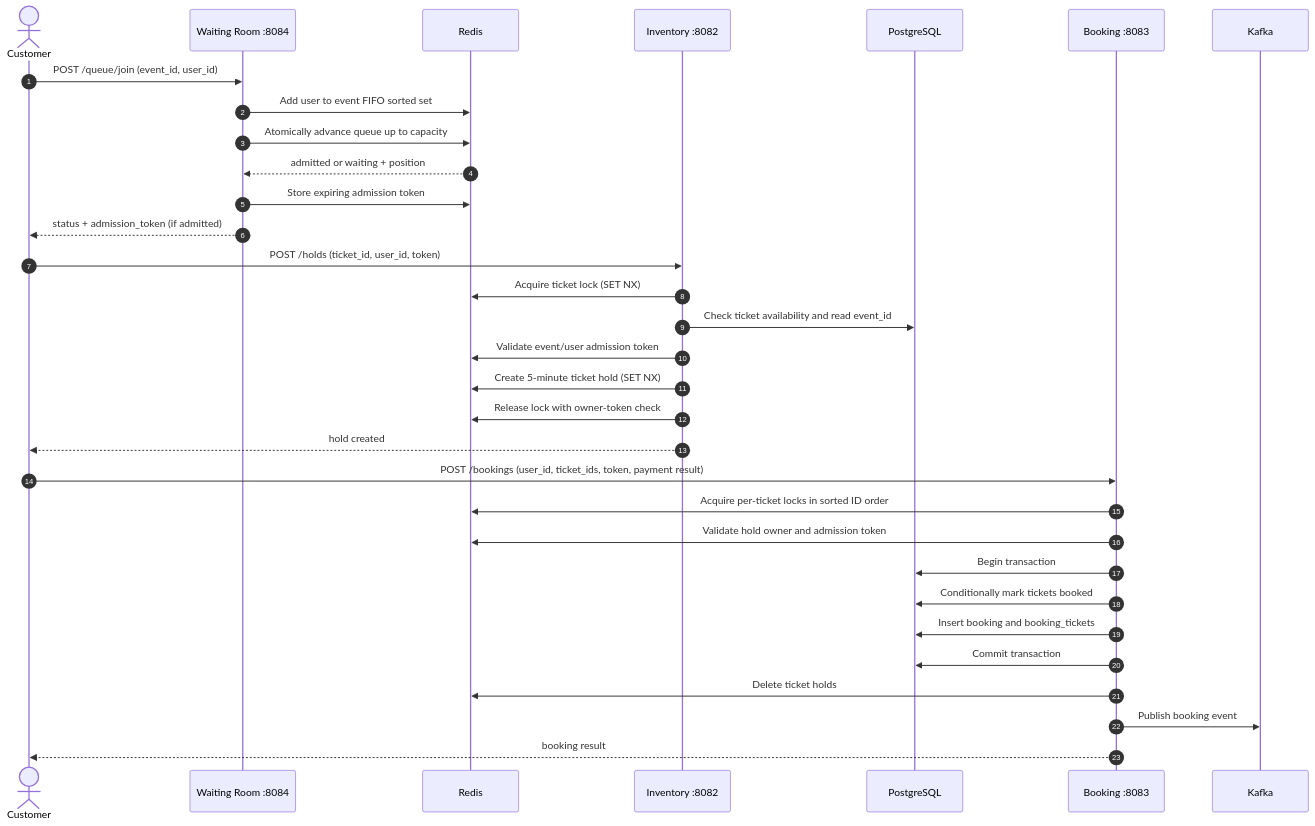
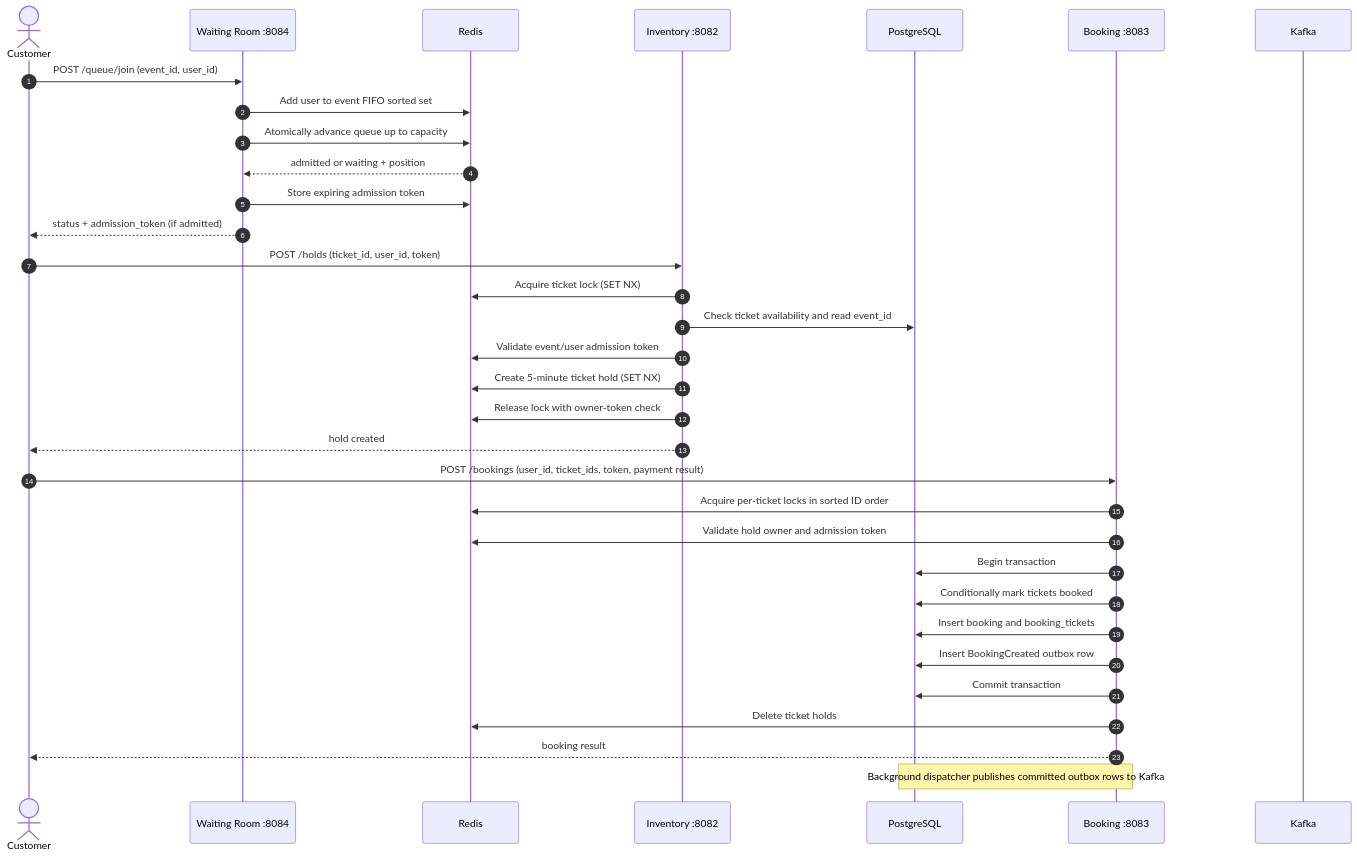
Before and after one commit to lucky-talkin/QuickTicket: the second of 6 diagrams in docs/BOOKING_FLOW.md, drawn with Mermaid. The commit also changed other lines of this file, not shown here.

Commit message:
Document outbox delivery and waiting-room package separation

````diff
--- a/docs/BOOKING_FLOW.md
+++ b/docs/BOOKING_FLOW.md
@@ -41,37 +41,38 @@
 ```mermaid
 sequenceDiagram
     autonumber
     actor Customer
     participant WR as Waiting Room :8084
     participant Redis
     participant INV as Inventory :8082
     participant PG as PostgreSQL
     participant BOOK as Booking :8083
     participant Kafka
 
     Customer->>WR: POST /queue/join (event_id, user_id)
     WR->>Redis: Add user to event FIFO sorted set
     WR->>Redis: Atomically advance queue up to capacity
     Redis-->>WR: admitted or waiting + position
     WR->>Redis: Store expiring admission token
     WR-->>Customer: status + admission_token (if admitted)
 
     Customer->>INV: POST /holds (ticket_id, user_id, token)
     INV->>Redis: Acquire ticket lock (SET NX)
     INV->>PG: Check ticket availability and read event_id
     INV->>Redis: Validate event/user admission token
     INV->>Redis: Create 5-minute ticket hold (SET NX)
     INV->>Redis: Release lock with owner-token check
     INV-->>Customer: hold created
 
     Customer->>BOOK: POST /bookings (user_id, ticket_ids, token, payment result)
     BOOK->>Redis: Acquire per-ticket locks in sorted ID order
     BOOK->>Redis: Validate hold owner and admission token
     BOOK->>PG: Begin transaction
     BOOK->>PG: Conditionally mark tickets booked
     BOOK->>PG: Insert booking and booking_tickets
+    BOOK->>PG: Insert BookingCreated outbox row
     BOOK->>PG: Commit transaction
     BOOK->>Redis: Delete ticket holds
-    BOOK->>Kafka: Publish booking event
     BOOK-->>Customer: booking result
+    Note over BOOK,PG: Background dispatcher publishes committed outbox rows to Kafka
 ```
````
